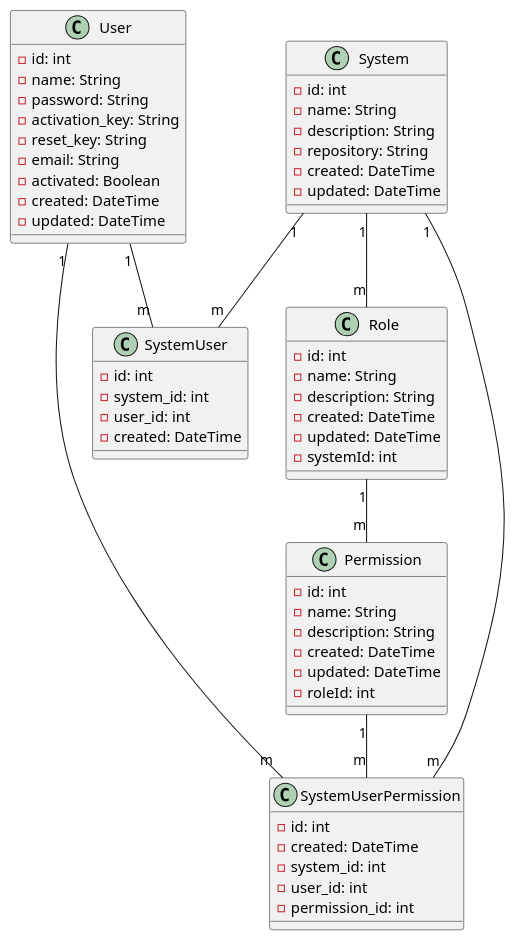
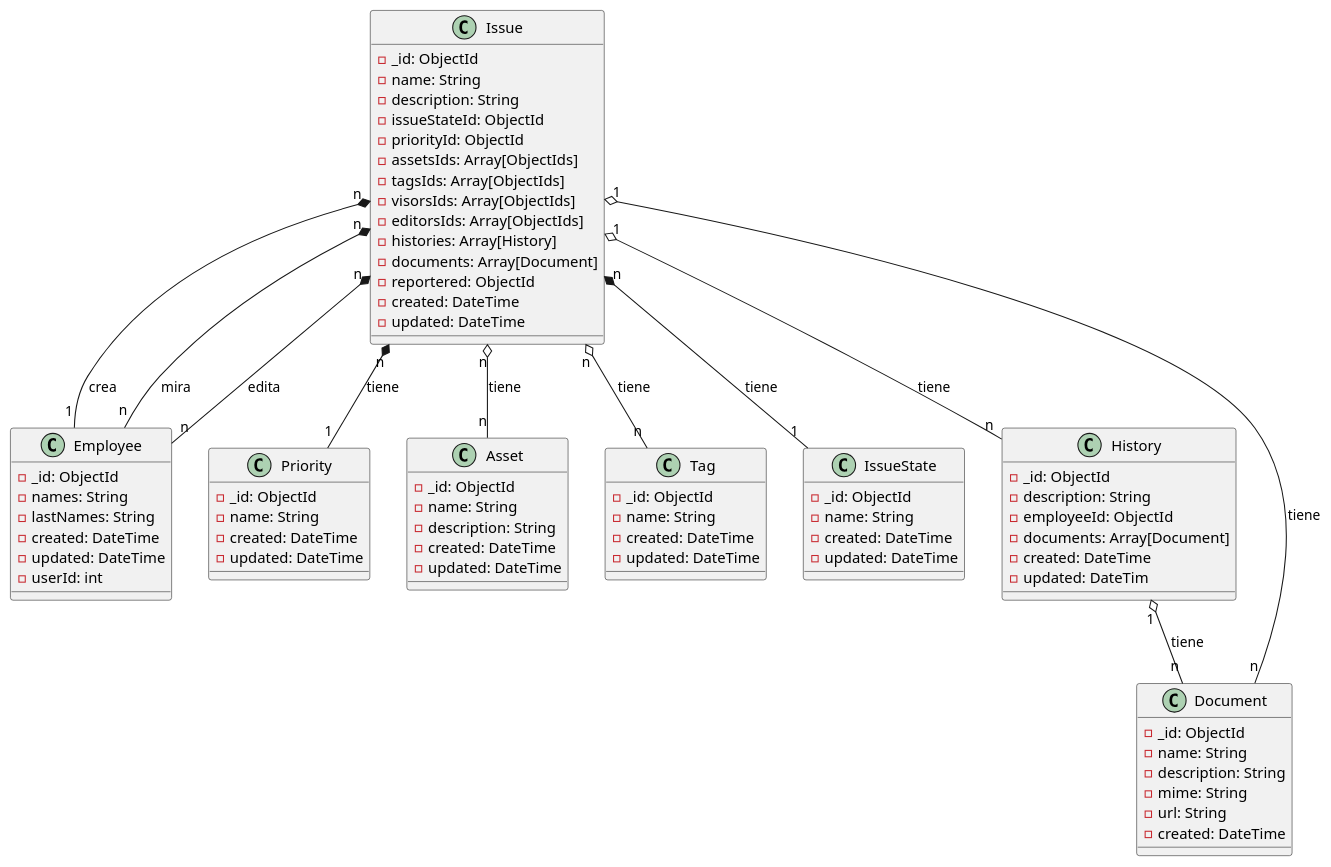
The diagram in docs/class_diagram.puml (pepeul1191/sinatra-tickets-mongodb), drawn with PlantUML before and after one commit. The commit also changed 3 other files, not shown here.

Commit message:
diagrama de clases

```diff
--- a/docs/class_diagram.puml
+++ b/docs/class_diagram.puml
@@ -1,65 +1,87 @@
 @startuml
 
-class User {
-  - id: int
+class Employee {
+  - _id: ObjectId
+  - names: String
+  - lastNames: String
+  - created: DateTime
+  - updated: DateTime
+  - userId: int
+}
+
+class Priority {
+  - _id: ObjectId
   - name: String
-  - password: String
-  - activation_key: String
-  - reset_key: String
-  - email: String
-  - activated: Boolean
   - created: DateTime
   - updated: DateTime
 }
 
-class System {
-  - id: int
+class Asset {
+  - _id: ObjectId
   - name: String
   - description: String
-  - repository: String
   - created: DateTime
   - updated: DateTime
 }
 
-class Role {
-  - id: int
+class Tag{
+  - _id: ObjectId
+  - name: String
+  - created: DateTime
+  - updated: DateTime
+}
+
+class IssueState {
+  - _id: ObjectId
+  - name: String
+  - created: DateTime
+  - updated: DateTime
+}
+
+class Issue {
+  - _id: ObjectId
   - name: String
   - description: String
+  - issueStateId: ObjectId
+  - priorityId: ObjectId
+  - assetsIds: Array[ObjectIds]
+  - tagsIds: Array[ObjectIds]
+  - visorsIds: Array[ObjectIds]
+  - editorsIds: Array[ObjectIds]
+  - histories: Array[History]
+  - documents: Array[Document]
+  - reportered: ObjectId
   - created: DateTime
   - updated: DateTime
-  - systemId: int
 }
 
-class Permission {
-  - id: int
+class History {
+  - _id: ObjectId
+  - description: String
+  - employeeId: ObjectId
+  - documents: Array[Document]
+  - created: DateTime
+  - updated: DateTim
+}
+
+class Document {
+  - _id: ObjectId
   - name: String
   - description: String
-  - created: DateTime
-  - updated: DateTime
-  - roleId: int
-}
-
-class SystemUser {
-  - id: int
-  - system_id: int
-  - user_id: int
+  - mime: String
+  - url: String
   - created: DateTime
 }
 
-class SystemUserPermission {
-  - id: int
-  - created: DateTime
-  - system_id: int
-  - user_id: int
-  - permission_id: int
-}
-
-System "1" -- "m" Role
-Role "1" -- "m" Permission
-User "1" -- "m" SystemUser
-System "1" -- "m" SystemUser
-User "1" -- "m" SystemUserPermission
-System "1" -- "m" SystemUserPermission
-Permission "1" -- "m" SystemUserPermission
+Issue "n" *-- "1" Employee : crea
+Issue "n" *-- "n" Employee : mira
+Issue "n" *-- "n" Employee : edita
+Issue "n" *-- "1" IssueState : tiene
+Issue "n" *-- "1" Priority : tiene
+Issue "n" o-- "n" Asset : tiene
+Issue "n" o-- "n" Tag : tiene
+Issue "1" o-- "n" History : tiene
+Issue "1" o-- "n" Document : tiene
+History "1" o-- "n" Document : tiene
 
 @enduml
```
